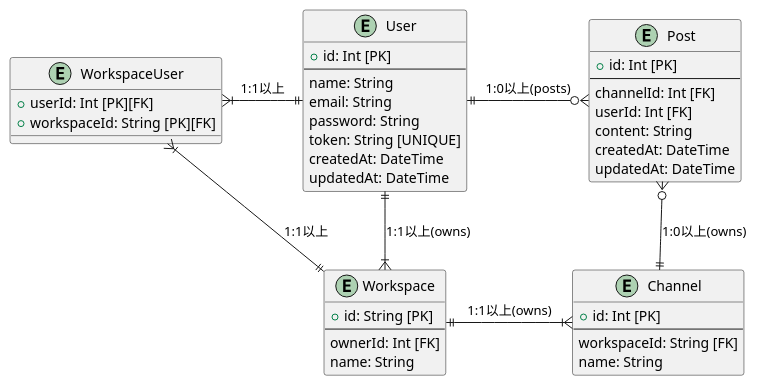
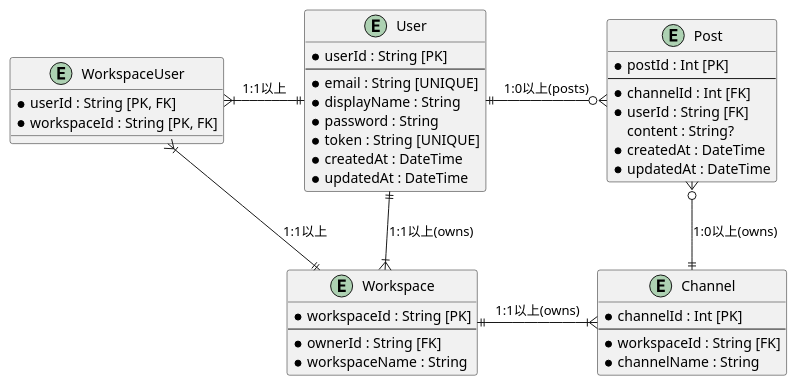
One commit to oswoa/copy-slack changed the diagram in prisma/tables.pu. Above: the diagram before and after it, drawn with PlantUML. The commit also changed 4 other files, not shown here.

```diff
--- a/prisma/tables.pu
+++ b/prisma/tables.pu
@@ -1,68 +1,68 @@
 @startuml
 
 ' =====================
 ' Entity definitions
 ' =====================
 entity User {
-  + id: Int [PK]
+  * userId : String [PK]
   --
-  name: String
-  email: String
-  password: String
-  token: String [UNIQUE]
-  createdAt: DateTime
-  updatedAt: DateTime
+  * email : String [UNIQUE]
+  * displayName : String
+  * password : String
+  * token : String [UNIQUE]
+  * createdAt : DateTime
+  * updatedAt : DateTime
 }
 
 entity "WorkspaceUser" as WU {
-  + userId: Int [PK][FK]
-  + workspaceId: String [PK][FK]
+  * userId : String [PK, FK]
+  * workspaceId : String [PK, FK]
 }
 
 entity Workspace {
-  + id: String [PK]
+  * workspaceId : String [PK]
   --
-  ownerId: Int [FK]
-  name: String
+  * ownerId : String [FK]
+  * workspaceName : String
 }
 
 entity Channel {
-  + id: Int [PK]
+  * channelId : Int [PK]
   --
-  workspaceId: String [FK]
-  name: String
+  * workspaceId : String [FK]
+  * channelName : String
 }
 
 entity Post {
-  + id: Int [PK]
+  * postId : Int [PK]
   --
-  channelId: Int [FK]
-  userId: Int [FK]
-  content: String
-  createdAt: DateTime
-  updatedAt: DateTime
+  * channelId : Int [FK]
+  * userId : String [FK]
+  content : String?
+  * createdAt : DateTime
+  * updatedAt : DateTime
 }
 
 
 ' =====================
 ' Relationships (1:N, N:M, ownership)
 ' =====================
 ' User and WU (1:N)
 User ||-l-|{ WU : "1:1以上"
 
 ' Workspace and WU (1:N)
 Workspace ||-l-|{ WU : "1:1以上"
 
 ' User and Workspace (1:N)
 User ||--|{ Workspace : "1:1以上(owns)"
 
 ' Workspace and Channel (1:N)
 Workspace ||-r-|{ Channel : "1:1以上(owns)"
 
 ' Channel and Post (1:N)
 Channel ||-u-o{ Post : "1:0以上(owns)"
 
 ' User and Post (1:N)
 User ||-r-o{ Post : "1:0以上(posts)"
 
 @enduml
```
